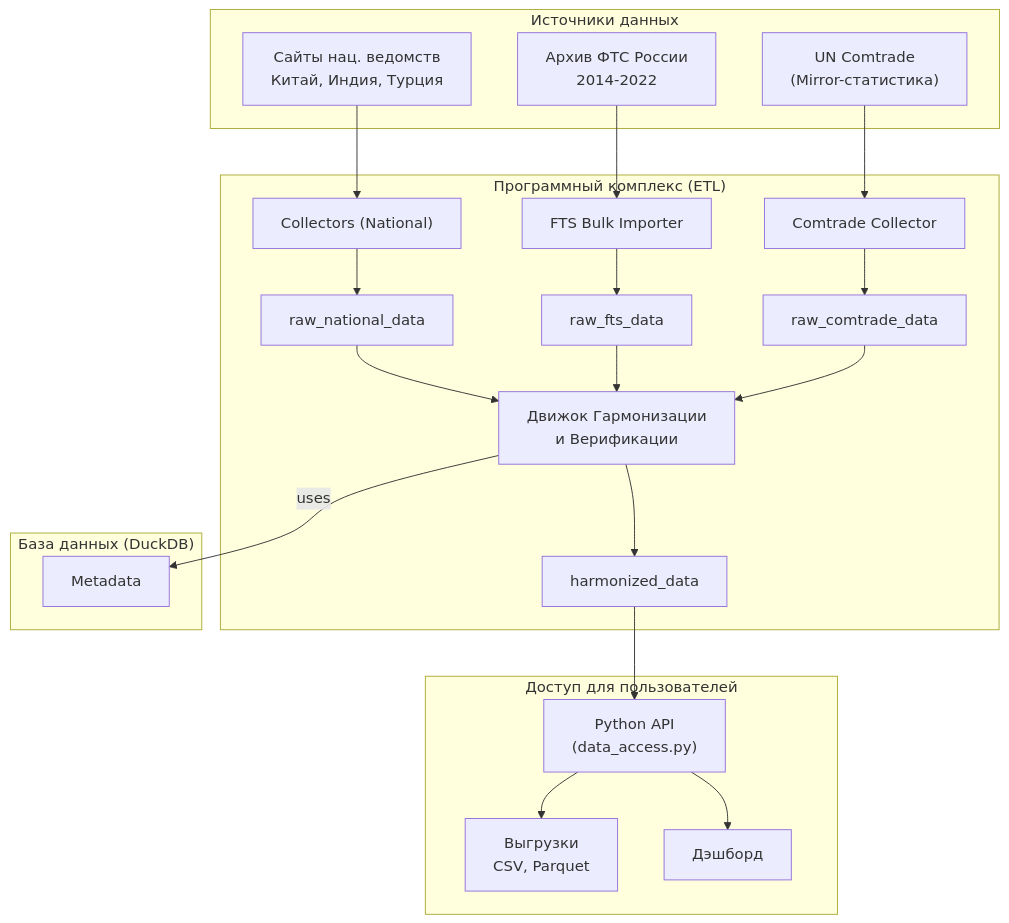
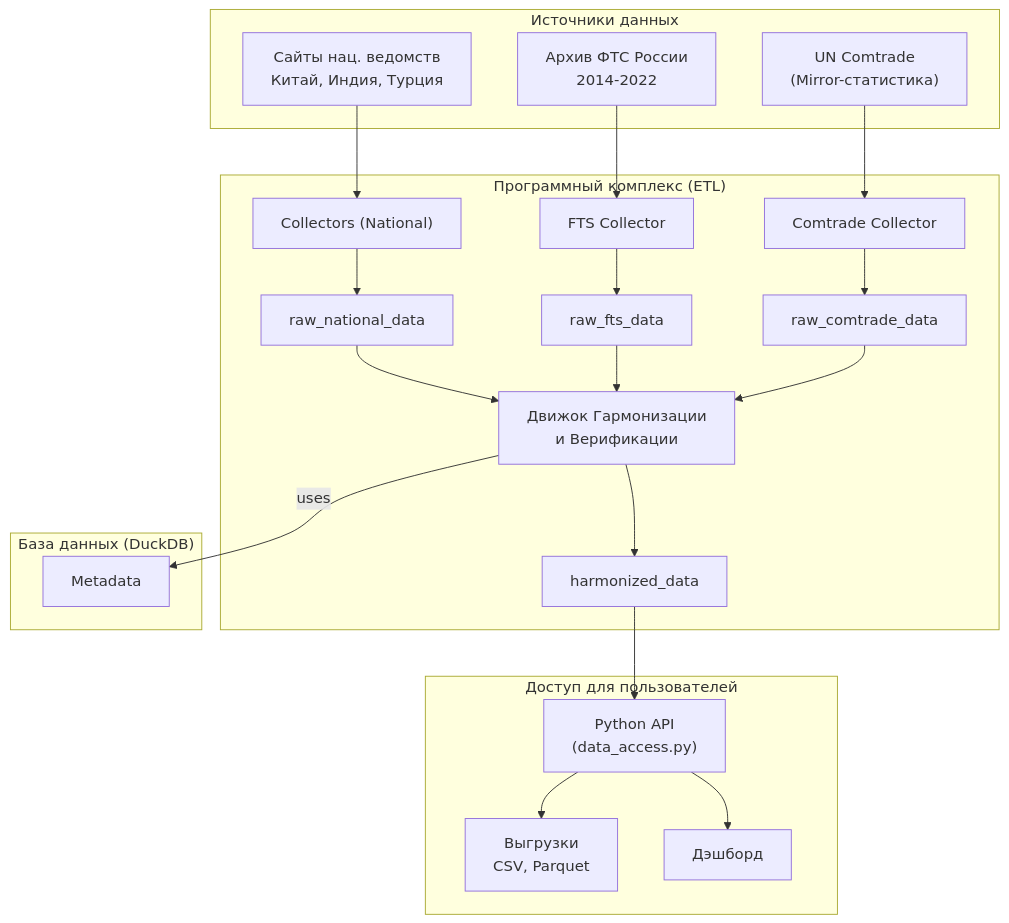
The diagram in project_architecture.md (quantviews/mgimo-foreign-trade), drawn with Mermaid before and after one commit. The commit also changed 2 other files, not shown here.

Commit message:
doc/created readme.md

````diff
--- a/project_architecture.md
+++ b/project_architecture.md
@@ -88,45 +88,45 @@
 ```mermaid
 graph TD
     subgraph "Источники данных"
         A["Сайты нац. ведомств<br/>Китай, Индия, Турция"]
         B["Архив ФТС России<br/>2014-2022"]
         C["UN Comtrade<br/>(Mirror-статистика)"]
     end
 
     subgraph "Программный комплекс (ETL)"
         D["Collectors (National)"] --> G["raw_national_data"]
-        E["FTS Bulk Importer"] --> H["raw_fts_data"]
+        E["FTS Collector"] --> H["raw_fts_data"]
         F["Comtrade Collector"] --> I["raw_comtrade_data"]
         
         J["Движок Гармонизации<br/>и Верификации"]
         
         G --> J
         H --> J
         I --> J
         
         J --> K["harmonized_data"]
     end
     
     subgraph "База данных (DuckDB)"
         G
         H
         I
         K
         L[Metadata]
     end
 
     subgraph "Доступ для пользователей"
         M["Python API<br/>(data_access.py)"]
         N["Выгрузки<br/>CSV, Parquet"]
         O["Дэшборд"]
     end
     
     J -- uses --> L
     K --> M
     M --> N
     M --> O
     
     A --> D
     B --> E
     C --> F
 ```
````
